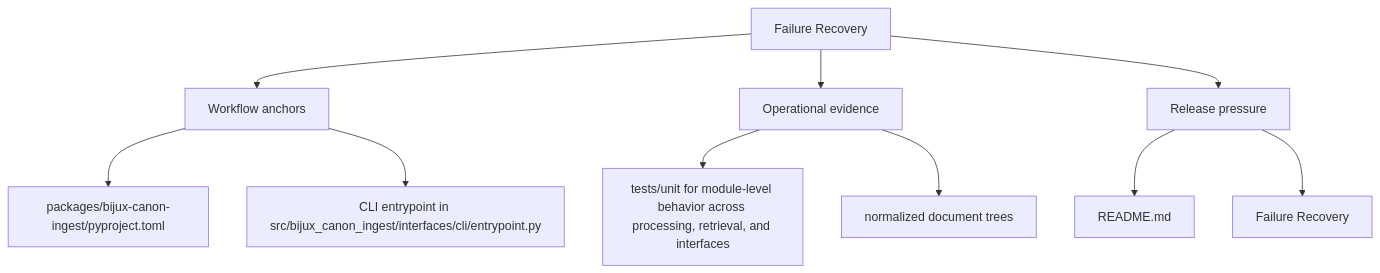
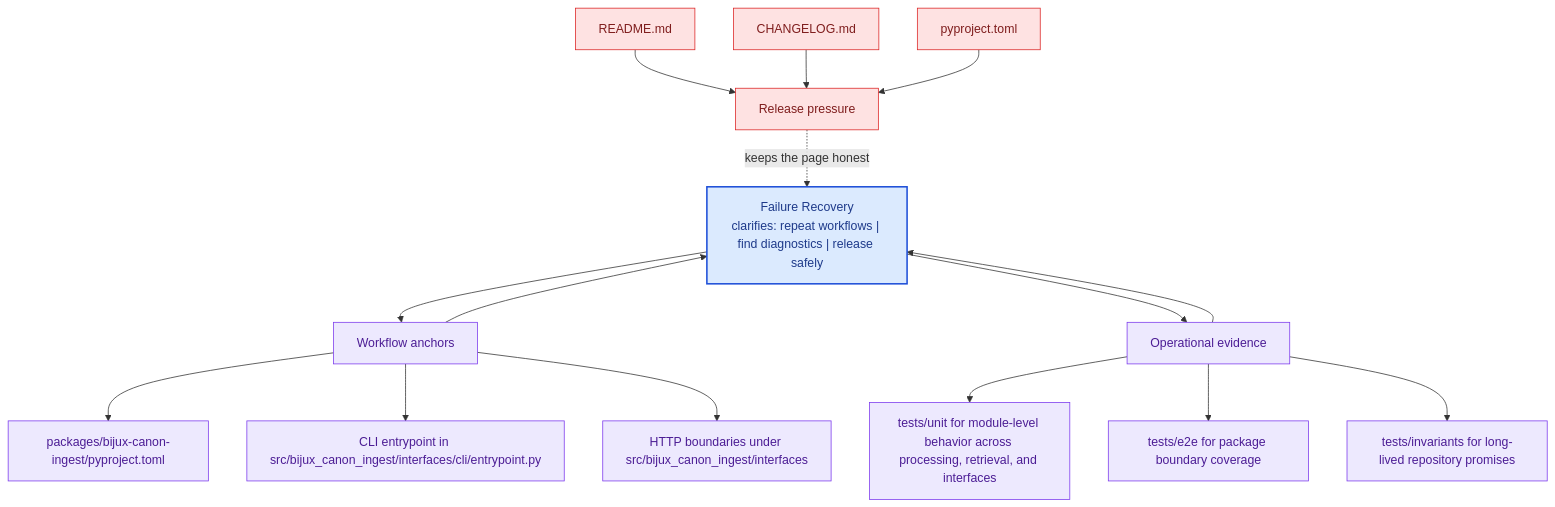
The second of 2 diagrams in docs/bijux-canon-ingest/operations/failure-recovery.md (bijux/bijux-canon), drawn with Mermaid before and after one commit. The commit also changed other lines of this file and 281 other files, not shown here.

Commit message:
docs(diagrams): deepen handbook mermaid maps across the catalog

````diff
--- a/docs/bijux-canon-ingest/operations/failure-recovery.md
+++ b/docs/bijux-canon-ingest/operations/failure-recovery.md
@@ -34,22 +67,41 @@
 ```mermaid
-flowchart TD
-    page["Failure Recovery"]
+flowchart TB
+    promise["Failure Recovery<br/>clarifies: repeat workflows | find diagnostics | release safely"]
+    classDef promise fill:#dbeafe,stroke:#1d4ed8,color:#1e3a8a,stroke-width:2px;
+    classDef driver fill:#dcfce7,stroke:#16a34a,color:#14532d;
+    classDef constraint fill:#fee2e2,stroke:#dc2626,color:#7f1d1d;
+    classDef ground fill:#ede9fe,stroke:#7c3aed,color:#4c1d95;
     focus1["Workflow anchors"]
-    page --> focus1
+    focus1 --> promise
+    promise --> focus1
     focus1_1["packages/bijux-canon-ingest/pyproject.toml"]
     focus1 --> focus1_1
     focus1_2["CLI entrypoint in src/bijux_canon_ingest/interfaces/cli/entrypoint.py"]
     focus1 --> focus1_2
+    focus1_3["HTTP boundaries under src/bijux_canon_ingest/interfaces"]
+    focus1 --> focus1_3
+    class focus1 ground;
+    class focus1_1,focus1_2,focus1_3 ground;
     focus2["Operational evidence"]
-    page --> focus2
+    focus2 --> promise
+    promise --> focus2
     focus2_1["tests/unit for module-level behavior across processing, retrieval, and interfaces"]
     focus2 --> focus2_1
-    focus2_2["normalized document trees"]
+    focus2_2["tests/e2e for package boundary coverage"]
     focus2 --> focus2_2
+    focus2_3["tests/invariants for long-lived repository promises"]
+    focus2 --> focus2_3
+    class focus2 ground;
+    class focus2_1,focus2_2,focus2_3 ground;
     focus3["Release pressure"]
-    page --> focus3
+    focus3 -.keeps the page honest.-> promise
     focus3_1["README.md"]
-    focus3 --> focus3_1
-    focus3_2["Failure Recovery"]
-    focus3 --> focus3_2
+    focus3_1 --> focus3
+    focus3_2["CHANGELOG.md"]
+    focus3_2 --> focus3
+    focus3_3["pyproject.toml"]
+    focus3_3 --> focus3
+    class focus3 constraint;
+    class focus3_1,focus3_2,focus3_3 constraint;
+    class promise promise;
 ```
````
